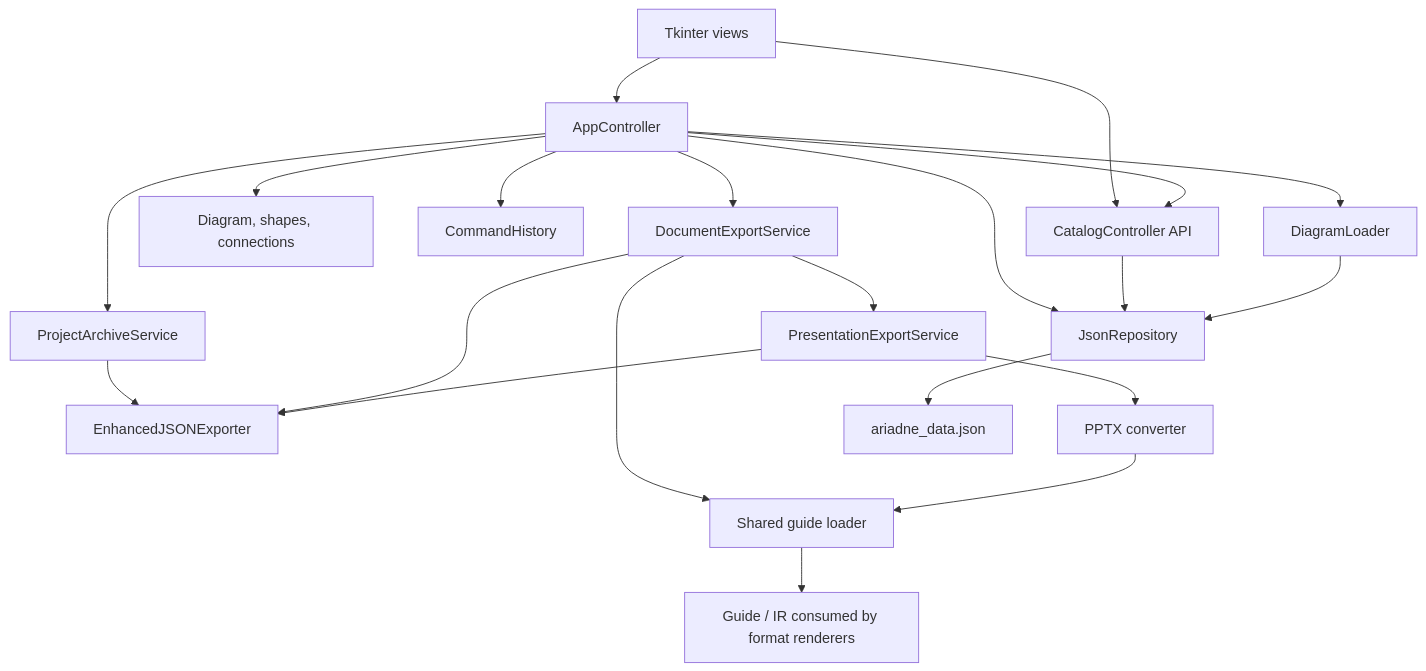
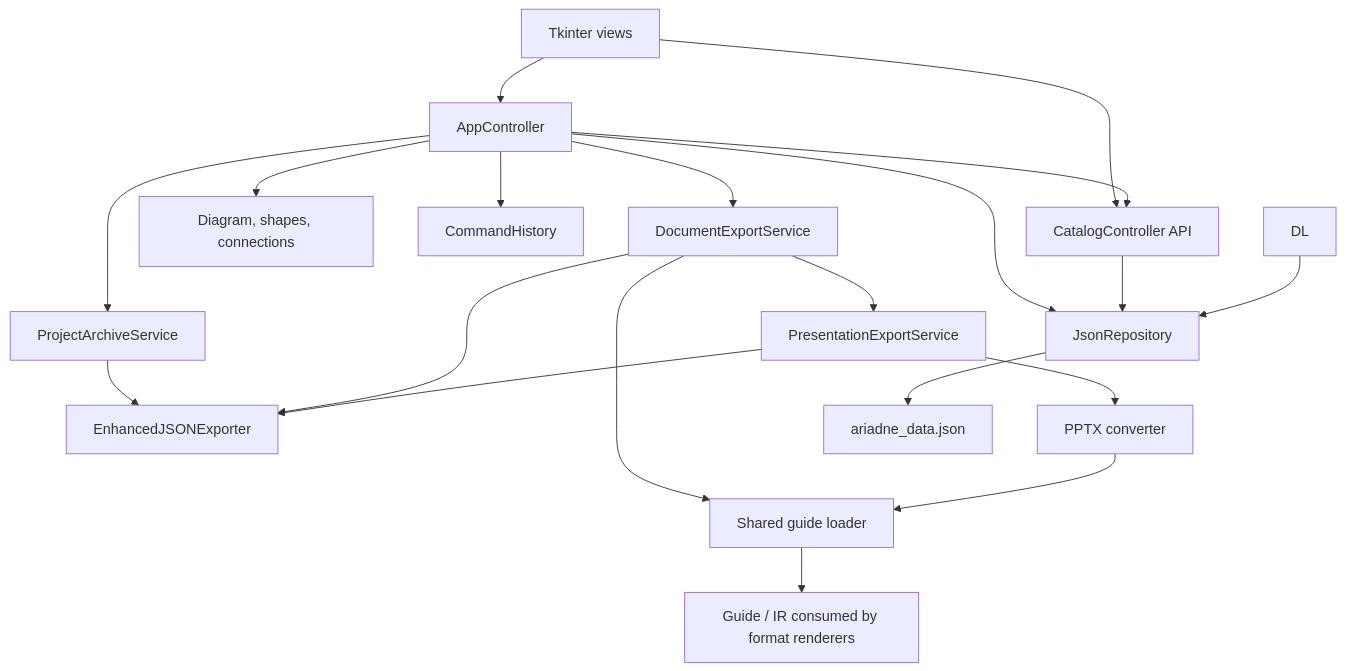
Before and after one commit to EmanuelaIbra/futurdata-thesis-emanuela: the first of 5 diagrams in futurdata-thesis/docs/drs/DRS.md, drawn with Mermaid. The commit also changed other lines of this file and 39 other files, not shown here.

```diff
--- a/futurdata-thesis/docs/drs/DRS.md
+++ b/futurdata-thesis/docs/drs/DRS.md
@@ -84,23 +84,22 @@
 ~~~mermaid
 flowchart TD
     UI["Tkinter views"] --> AC["AppController"]
     UI --> CC["CatalogController API"]
     AC --> DM["Diagram, shapes, connections"]
     AC --> CH["CommandHistory"]
     AC --> CC
     AC --> JR["JsonRepository"]
     CC --> JR
-    AC --> DL["DiagramLoader"]
     DL --> JR
     AC --> ZIP["ProjectArchiveService"]
     AC --> DOC["DocumentExportService"]
     ZIP --> SNAP["EnhancedJSONExporter"]
     DOC --> SNAP
     DOC --> PPT["PresentationExportService"]
     PPT --> SNAP
     DOC --> GUIDE["Shared guide loader"]
     PPT --> ENGINE["PPTX converter"]
     ENGINE --> GUIDE
     GUIDE --> RENDER["Guide / IR consumed by format renderers"]
     JR --> DISK["ariadne_data.json"]
 ~~~
```
